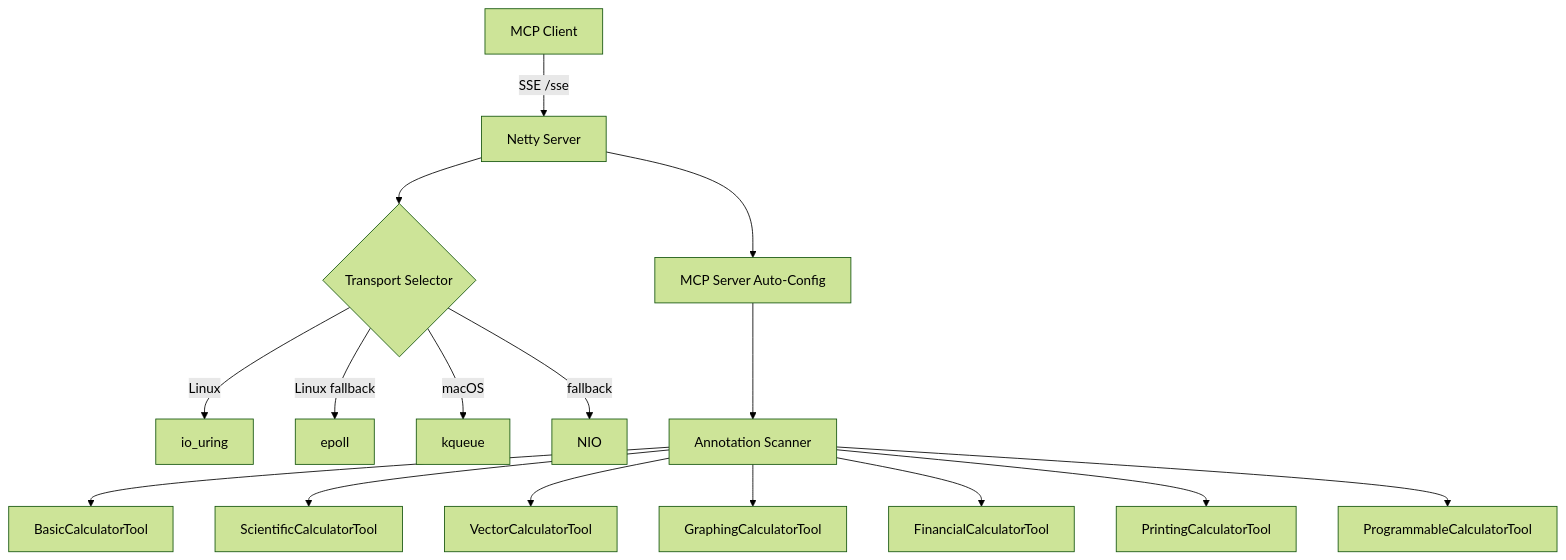
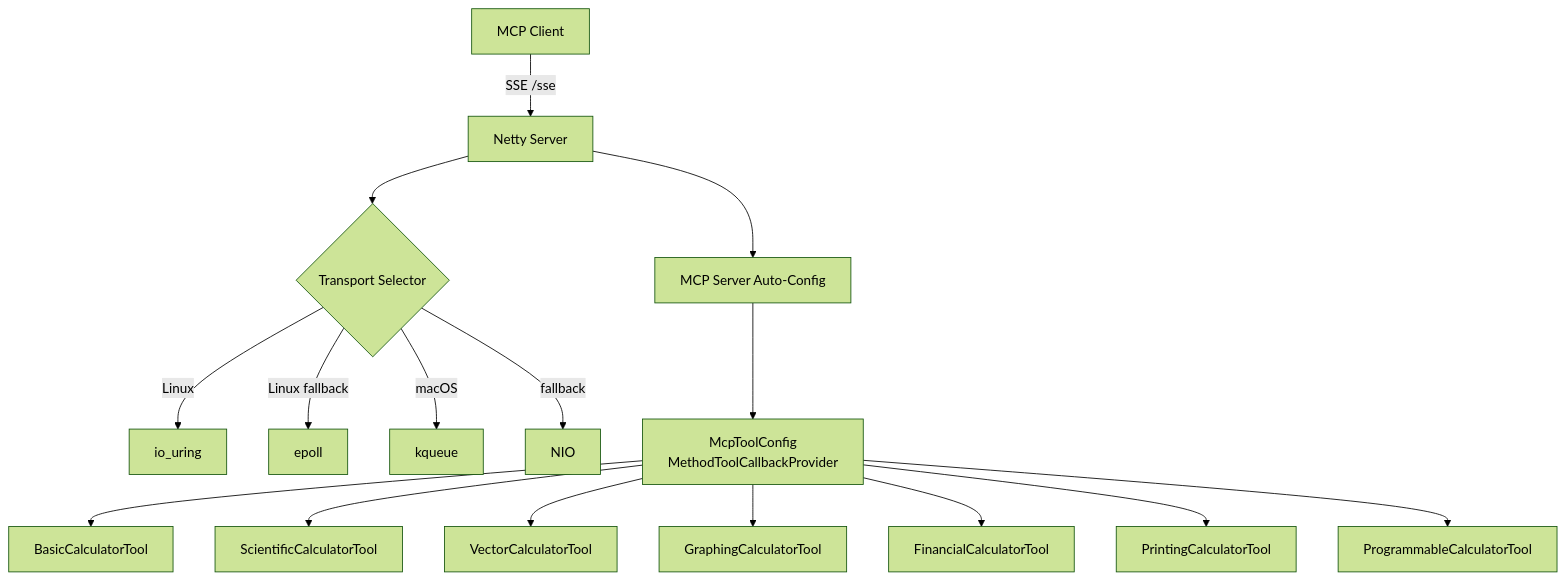
Before and after one commit to farchanjo/math-calculator: the diagram in README.md, drawn with Mermaid (forest theme). The commit also changed other lines of this file and 3 other files, not shown here.

First line of the commit message:
docs(project): update docs for McpToolConfig and fix Mermaid diagrams

````diff
--- a/README.md
+++ b/README.md
@@ -129,18 +131,18 @@
 ```mermaid
 graph TD
     A[MCP Client] -->|SSE /sse| B[Netty Server]
     B --> N{Transport Selector}
     N -->|Linux| N1[io_uring]
     N -->|Linux fallback| N2[epoll]
     N -->|macOS| N3[kqueue]
     N -->|fallback| N4[NIO]
     B --> C[MCP Server Auto-Config]
-    C --> D[Annotation Scanner]
+    C --> D[McpToolConfig<br/>MethodToolCallbackProvider]
     D --> E[BasicCalculatorTool]
     D --> F[ScientificCalculatorTool]
     D --> G[VectorCalculatorTool]
     D --> H[GraphingCalculatorTool]
     D --> I[FinancialCalculatorTool]
     D --> J[PrintingCalculatorTool]
     D --> K[ProgrammableCalculatorTool]
 ```
````
